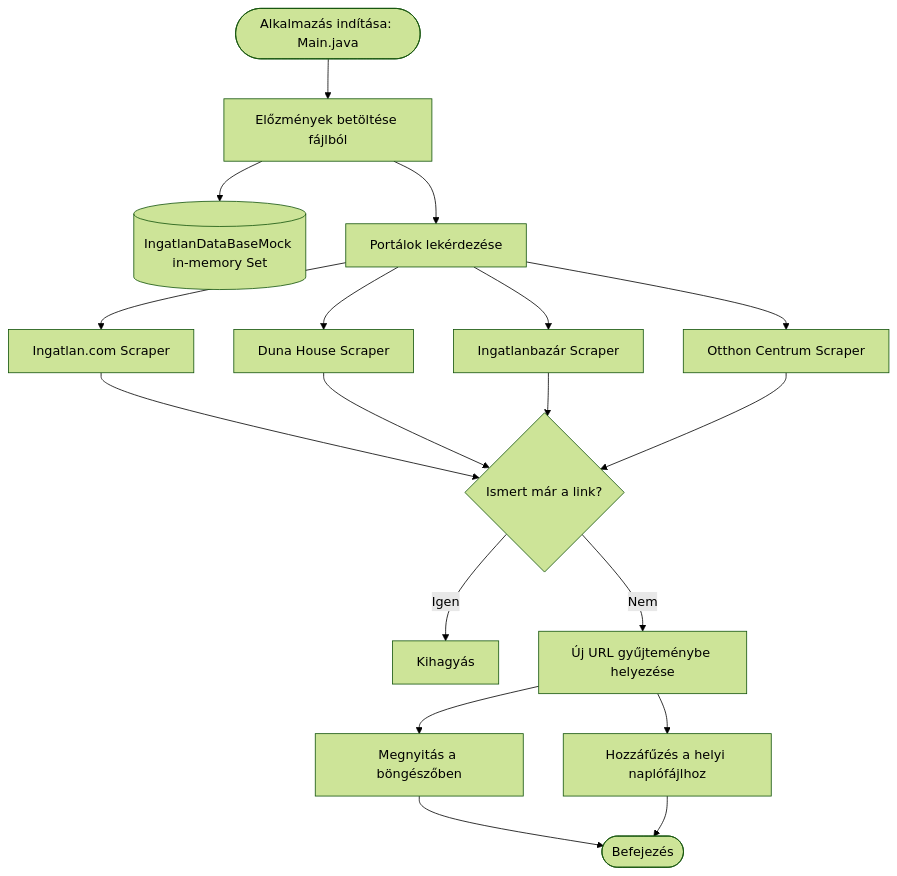
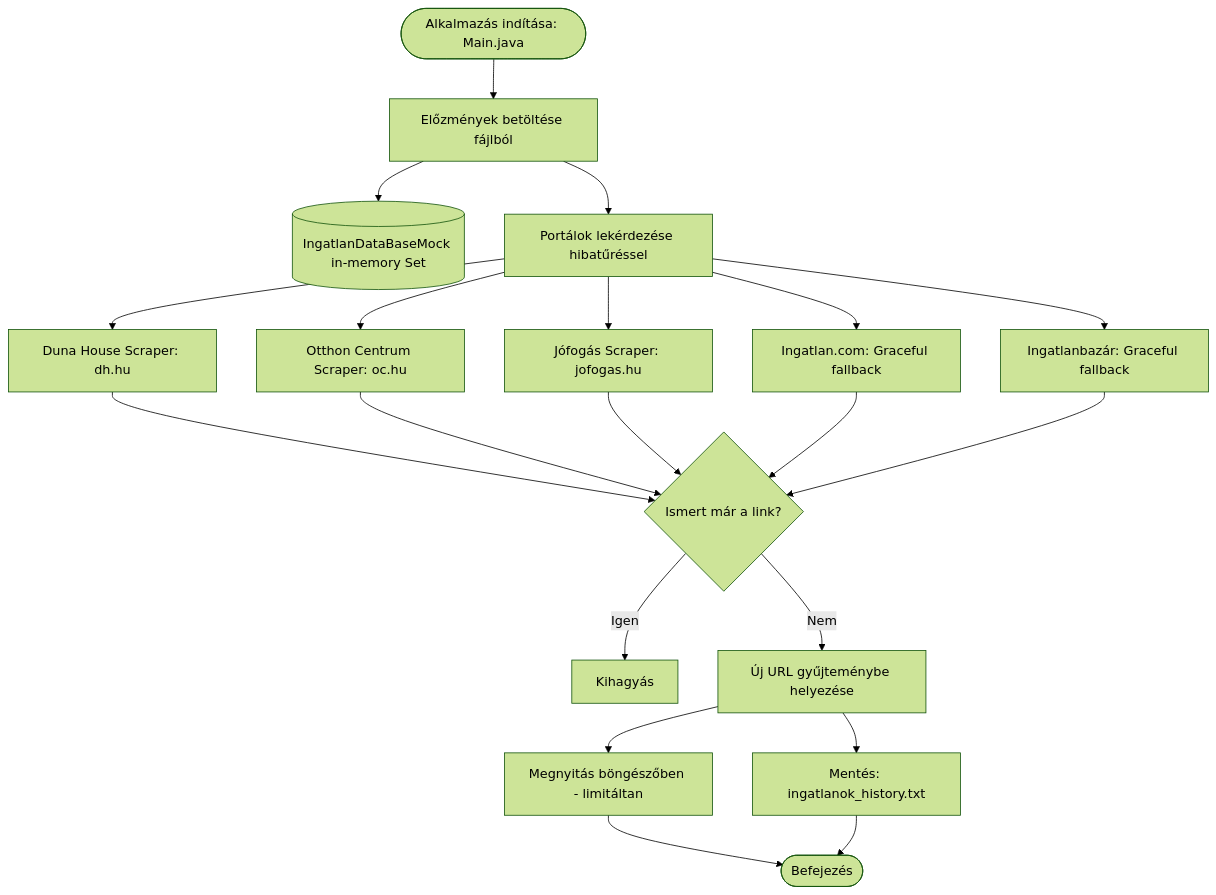
The diagram in README.md (Luxeonn/ingatlan-kereso), drawn with Mermaid (forest theme) before and after one commit. The commit also changed other lines of this file, not shown here.

````diff
--- a/README.md
+++ b/README.md
@@ -51,19 +55,20 @@
 ```mermaid
 flowchart TD
     Start([Alkalmazás indítása: Main.java]) --> InitDB[Előzmények betöltése fájlból]
     InitDB --> MockDB[(IngatlanDataBaseMock in-memory Set)]
     
-    InitDB --> Scraping[Portálok lekérdezése]
-    Scraping --> P1[Ingatlan.com Scraper]
-    Scraping --> P2[Duna House Scraper]
-    Scraping --> P3[Ingatlanbazár Scraper]
-    Scraping --> P4[Otthon Centrum Scraper]
+    InitDB --> Scraping[Portálok lekérdezése hibatűréssel]
+    Scraping --> P1[Duna House Scraper: dh.hu]
+    Scraping --> P2[Otthon Centrum Scraper: oc.hu]
+    Scraping --> P3[Jófogás Scraper: jofogas.hu]
+    Scraping --> P4[Ingatlan.com: Graceful fallback]
+    Scraping --> P5[Ingatlanbazár: Graceful fallback]
     
-    P1 & P2 & P3 & P4 --> Filter{Ismert már a link?}
+    P1 & P2 & P3 & P4 & P5 --> Filter{Ismert már a link?}
     Filter -- Igen --> Skip[Kihagyás]
     Filter -- Nem --> Collect[Új URL gyűjteménybe helyezése]
     
-    Collect --> Open[Megnyitás a böngészőben]
-    Collect --> Save[Hozzáfűzés a helyi naplófájlhoz]
+    Collect --> Open[Megnyitás böngészőben - limitáltan]
+    Collect --> Save[Mentés: ingatlanok_history.txt]
     Open & Save --> Done([Befejezés])
 ```
````
